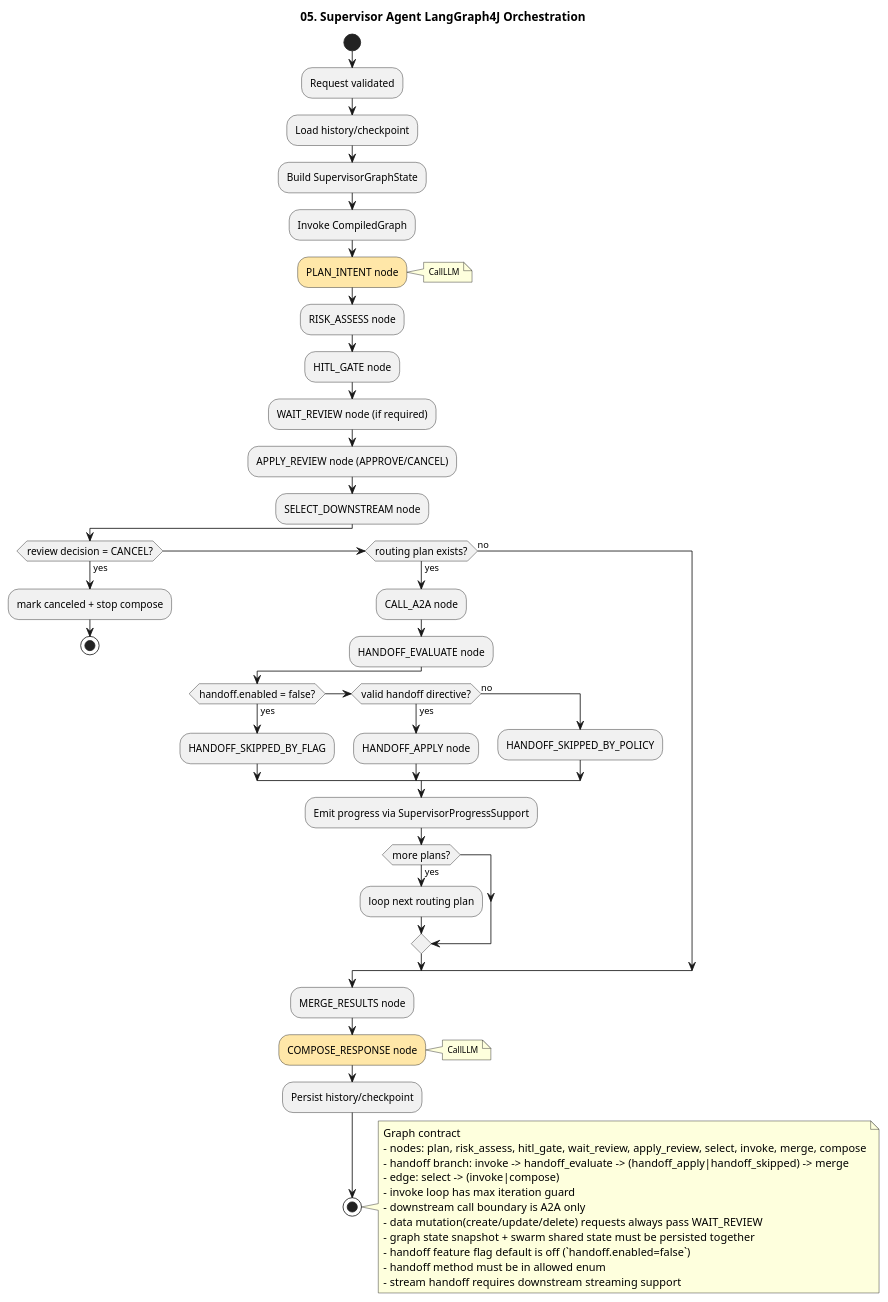
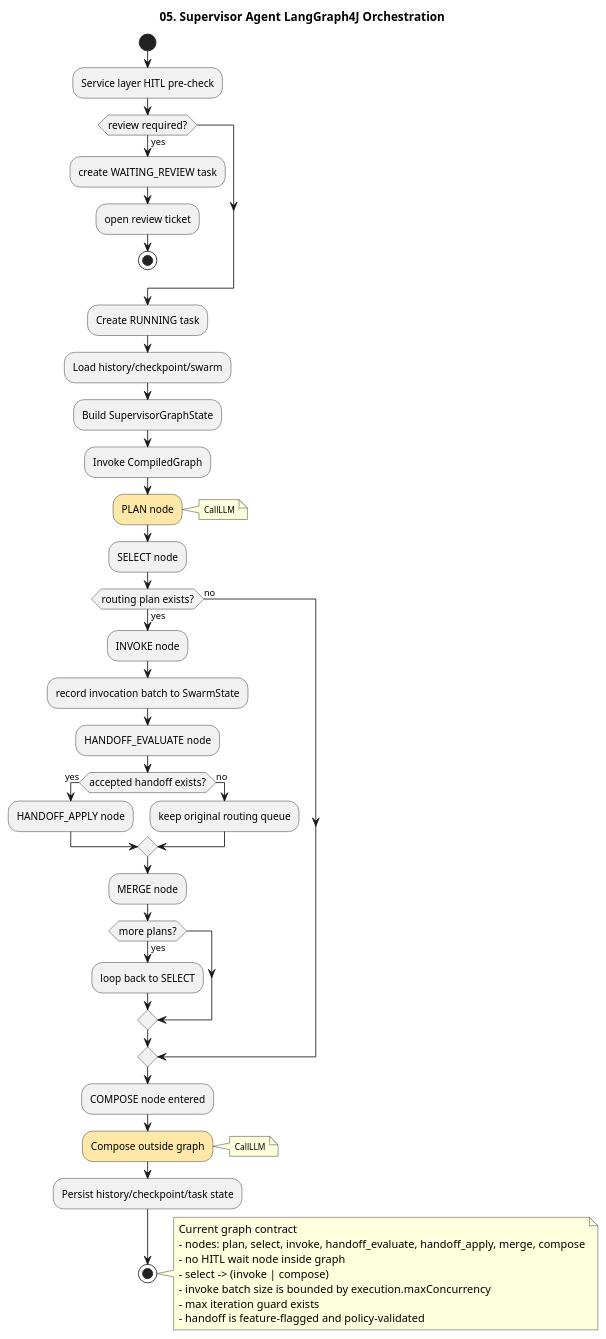
Before and after one commit to kim57uak/spring-ai: the diagram in documents/a2a-host_agent-architecture/05-langgraph-orchestration.puml, drawn with PlantUML. The commit also changed 15 other files, not shown here.

```diff
--- a/documents/a2a-host_agent-architecture/05-langgraph-orchestration.puml
+++ b/documents/a2a-host_agent-architecture/05-langgraph-orchestration.puml
@@ -1,77 +1,63 @@
 @startuml
 !pragma layout smetana
 title 05. Supervisor Agent LangGraph4J Orchestration
 
 skinparam shadowing false
 skinparam linetype ortho
 skinparam ActivityDiamondFontSize 12
 
 start
 
-:Request validated;
-:Load history/checkpoint;
+:Service layer HITL pre-check;
+if (review required?) then (yes)
+  :create WAITING_REVIEW task;
+  :open review ticket;
+  stop
+endif
+
+:Create RUNNING task;
+:Load history/checkpoint/swarm;
 :Build SupervisorGraphState;
 :Invoke CompiledGraph;
 
-#FFE7A8:PLAN_INTENT node;
+#FFE7A8:PLAN node;
 note right
 <size:10>CallLLM</size>
 end note
-:RISK_ASSESS node;
-:HITL_GATE node;
-:WAIT_REVIEW node (if required);
-:APPLY_REVIEW node (APPROVE/CANCEL);
-:SELECT_DOWNSTREAM node;
 
-if (review decision = CANCEL?) then (yes)
-  :mark canceled + stop compose;
-  stop
-elseif (routing plan exists?) then (yes)
-  :CALL_A2A node;
+:SELECT node;
+if (routing plan exists?) then (yes)
+  :INVOKE node;
+  :record invocation batch to SwarmState;
   :HANDOFF_EVALUATE node;
-  if (handoff.enabled = false?) then (yes)
-    :HANDOFF_SKIPPED_BY_FLAG;
-  elseif (valid handoff directive?) then (yes)
+  if (accepted handoff exists?) then (yes)
     :HANDOFF_APPLY node;
   else (no)
-    :HANDOFF_SKIPPED_BY_POLICY;
+    :keep original routing queue;
   endif
-  :Emit progress via SupervisorProgressSupport;
+  :MERGE node;
   if (more plans?) then (yes)
-    :loop next routing plan;
+    :loop back to SELECT;
   endif
 else (no)
 endif
 
-:MERGE_RESULTS node;
-#FFE7A8:COMPOSE_RESPONSE node;
+:COMPOSE node entered;
+#FFE7A8:Compose outside graph;
 note right
 <size:10>CallLLM</size>
 end note
-:Persist history/checkpoint;
+:Persist history/checkpoint/task state;
 
 stop
 
 note right
-Graph contract
-- nodes: plan, risk_assess, hitl_gate, wait_review, apply_review, select, invoke, merge, compose
-- handoff branch: invoke -> handoff_evaluate -> (handoff_apply|handoff_skipped) -> merge
-- edge: select -> (invoke|compose)
-- invoke loop has max iteration guard
-- downstream call boundary is A2A only
-- data mutation(create/update/delete) requests always pass WAIT_REVIEW
-- graph state snapshot + swarm shared state must be persisted together
-- handoff feature flag default is off (`handoff.enabled=false`)
-- handoff method must be in allowed enum
-- stream handoff requires downstream streaming support
+Current graph contract
+- nodes: plan, select, invoke, handoff_evaluate, handoff_apply, merge, compose
+- no HITL wait node inside graph
+- select -> (invoke | compose)
+- invoke batch size is bounded by execution.maxConcurrency
+- max iteration guard exists
+- handoff is feature-flagged and policy-validated
 end note
-
-' 2026-04-13 sync with doc 34
-' - add handoff evaluate/apply/skipped branch
-' - add feature-flag behavior and progress common module usage
-' 2026-04-12 sync with docs 30/31
-' - Scope: HITL decision limited to APPROVE/CANCEL in current phase
-' - Data mutation requests (create/update/delete) require mandatory HITL
-' - A2A compatibility mode keeps both legacy and v1.0 methods
-' - User profile input collection is deferred to next phase
 @enduml
```
